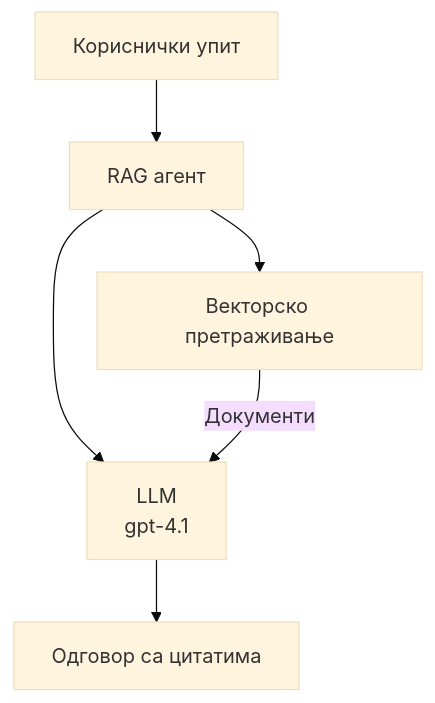
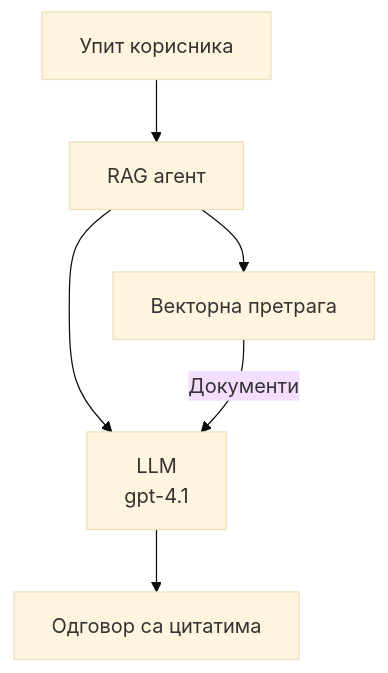
One commit to microsoft/AZD-for-beginners changed the second of 3 diagrams in translations/sr/docs/chapter-02-ai-development/agents.md. Above: the diagram before and after it, drawn with Mermaid (base theme). The commit also changed other lines of this file and 101 other files, not shown here.

````diff
--- a/translations/sr/docs/chapter-02-ai-development/agents.md
+++ b/translations/sr/docs/chapter-02-ai-development/agents.md
@@ -170,8 +175,8 @@
 ```mermaid
 graph TD
-    Query[Кориснички упит] --> RAG[RAG агент]
-    RAG --> Vector[Векторско претраживање]
+    Query[Упит корисника] --> RAG[RAG агент]
+    RAG --> Vector[Векторна претрага]
     RAG --> LLM[LLM<br/>gpt-4.1]
     Vector -- Документи --> LLM
     LLM --> Response[Одговор са цитатима]
 ```
````
